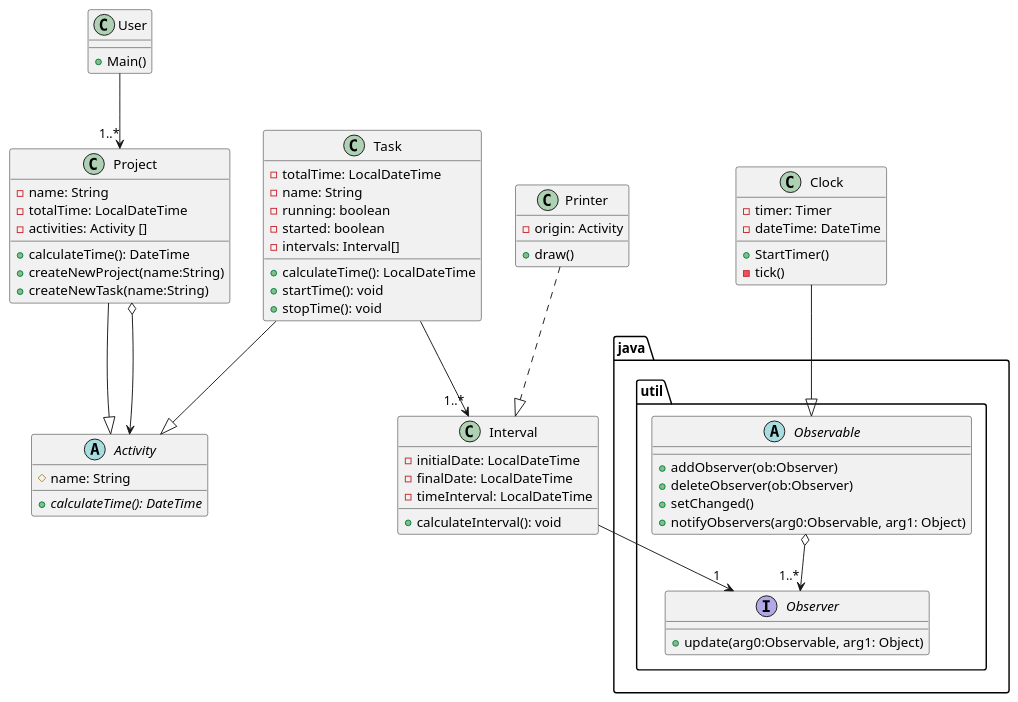
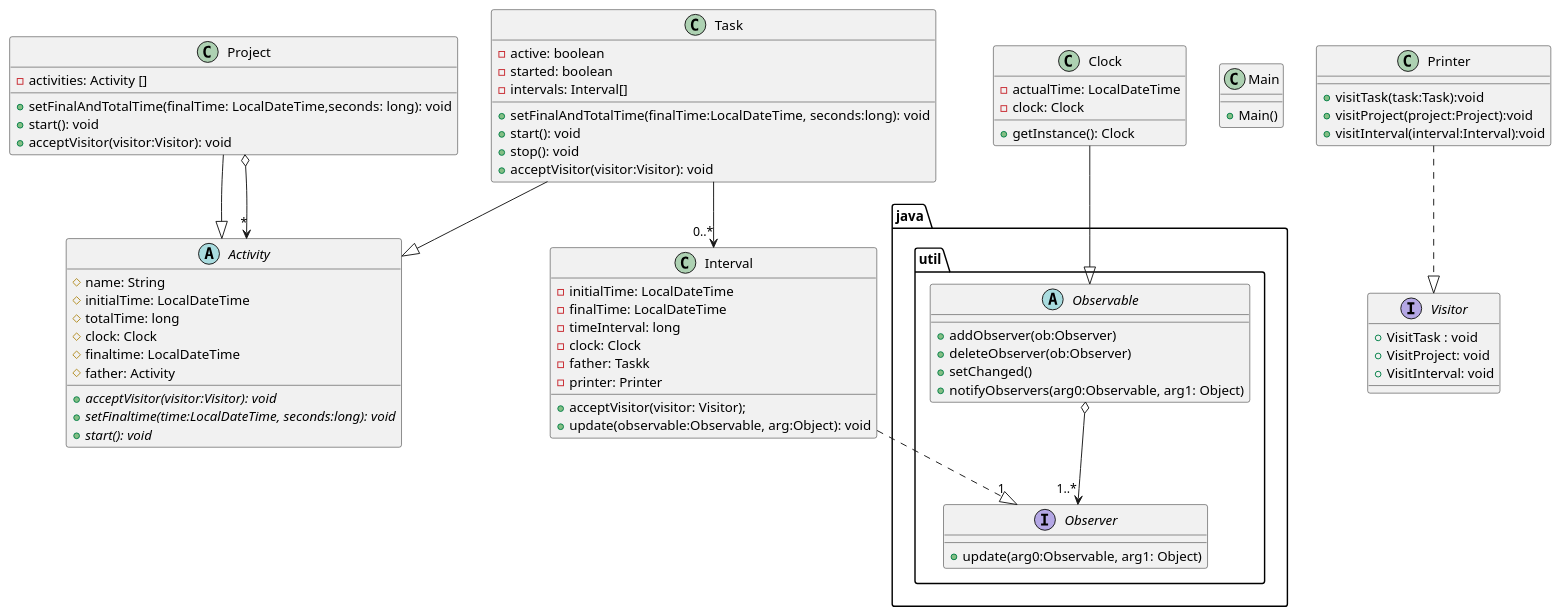
The diagram in TimeTacker/out/production/TimeTacker/Milestone1_Diagram.puml (JPeaceK/TimeTracker), drawn with PlantUML before and after one commit. The commit also changed 22 other files, not shown here.

```diff
--- a/TimeTacker/out/production/TimeTacker/Milestone1_Diagram.puml
+++ b/TimeTacker/out/production/TimeTacker/Milestone1_Diagram.puml
@@ -1,85 +1,103 @@
 @startuml
+skinparam classAtributeIconSize 0
 abstract class Activity{
 # name: String
-+ {abstract}calculateTime(): DateTime
+# initialTime: LocalDateTime
+# totalTime: long
+# clock: Clock
+# finaltime: LocalDateTime
+# father: Activity
++ {abstract}acceptVisitor(visitor:Visitor): void
++ {abstract}setFinaltime(time:LocalDateTime, seconds:long): void
++ {abstract}start(): void
 }
 
 class Project{
-- name: String
-- totalTime: LocalDateTime
+
 - activities: Activity []
-+ calculateTime(): DateTime
-+ createNewProject(name:String)
-+ createNewTask(name:String)
++ setFinalAndTotalTime(finalTime: LocalDateTime,seconds: long): void
++ start(): void
++ acceptVisitor(visitor:Visitor): void
 
 }
 
 class Task{
-- totalTime: LocalDateTime
-- name: String
-- running: boolean
+- active: boolean
 - started: boolean
 - intervals: Interval[]
-+ calculateTime(): LocalDateTime
-+ startTime(): void
-+ stopTime(): void
++ setFinalAndTotalTime(finalTime:LocalDateTime, seconds:long): void
++ start(): void
++ stop(): void
++ acceptVisitor(visitor:Visitor): void
 
 }
 
 class Interval{
-- initialDate: LocalDateTime
-- finalDate: LocalDateTime
-- timeInterval: LocalDateTime
+- initialTime: LocalDateTime
+- finalTime: LocalDateTime
+- timeInterval: long
+- clock: Clock
+- father: Taskk
+- printer: Printer
 
-+ calculateInterval(): void
++ acceptVisitor(visitor: Visitor);
++ update(observable:Observable, arg:Object): void
 }
 
 
 
 
 
-class User{
+class Main{
 + Main()
 }
 
 
 class Printer{
-- origin: Activity
-+ draw()
++ visitTask(task:Task):void
++ visitProject(project:Project):void
++ visitInterval(interval:Interval):void
 }
 
 class Clock
 {
--timer: Timer
--dateTime: DateTime
-+StartTimer()
--tick()
+- actualTime: LocalDateTime
+- clock: Clock 
++ getInstance(): Clock
 
 }
+
 
 package java.util <<Folder>>{
 
 abstract class Observable{
 +addObserver(ob:Observer)
 +deleteObserver(ob:Observer)
 +setChanged()
 +notifyObservers(arg0:Observable, arg1: Object)
 }
 interface Observer{
 + update(arg0:Observable, arg1: Object)
 }
 
 
 }
 
+interface Visitor{
++ VisitTask : void
++ VisitProject: void
++ VisitInterval: void
+
+}
+
 Task --|> Activity
 Project --|> Activity
-Project o--> Activity
+Project o--> "*" Activity
 Observable o--> "1..*" Observer
-Printer..|> Interval
+
 Clock --|> Observable 
-Task -->"1..*" Interval
-Interval --> "1" Observer
-User --> "1..*" Project
+Task -->"0..*" Interval
+Interval ..|> "1" Observer
 
+Printer ..|> Visitor
 @enduml
```
